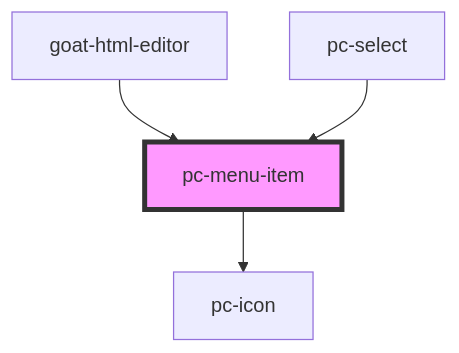
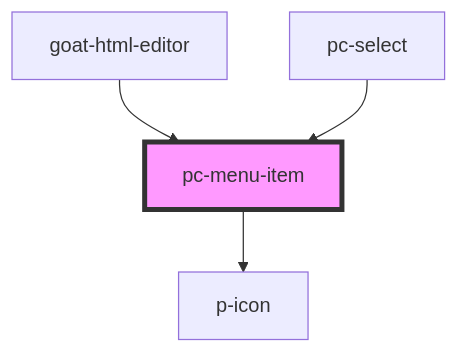
The diagram in src/components/menu/menu-item/readme.md (redvars/peacock), drawn with Mermaid before and after one commit. The commit also changed other lines of this file and 94 other files, not shown here.

````diff
--- a/src/components/menu/menu-item/readme.md
+++ b/src/components/menu/menu-item/readme.md
@@ -66,7 +66,7 @@
 ```mermaid
 graph TD;
-  pc-menu-item --> pc-icon
+  pc-menu-item --> p-icon
   goat-html-editor --> pc-menu-item
   pc-select --> pc-menu-item
   style pc-menu-item fill:#f9f,stroke:#333,stroke-width:4px
 ```
````
